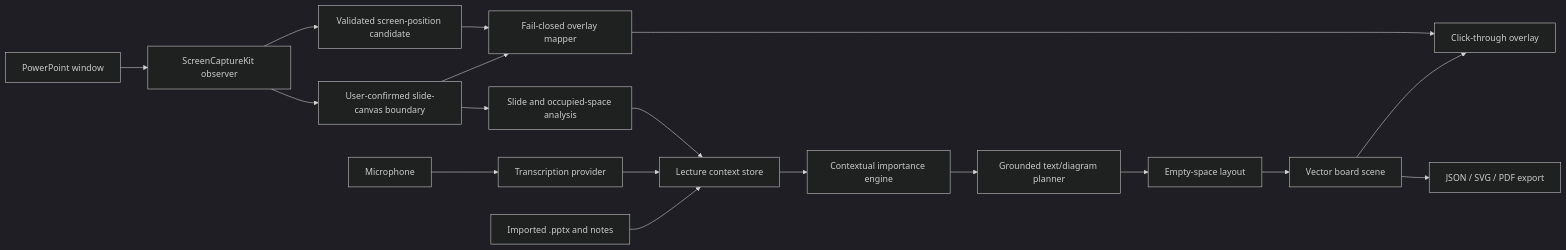
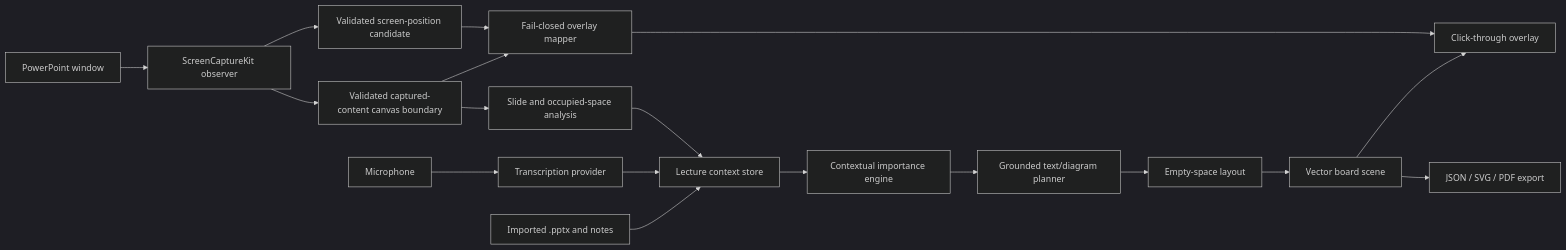
One commit to akiyama709/lectureboard-ai changed the diagram in docs/architecture.md. Above: the diagram before and after it, drawn with Mermaid (dark theme). The commit also changed other lines of this file and 17 other files, not shown here.

````diff
--- a/docs/architecture.md
+++ b/docs/architecture.md
@@ -7,20 +7,20 @@
 ```mermaid
 flowchart LR
     PPT[PowerPoint window] --> CAP[ScreenCaptureKit observer]
     PPTX[Imported .pptx and notes] --> CTX[Lecture context store]
     MIC[Microphone] --> ASR[Transcription provider]
-    CAP --> CANVAS[User-confirmed slide-canvas boundary]
+    CAP --> CANVAS[Validated captured-content canvas boundary]
     CAP --> SCREEN[Validated screen-position candidate]
     CANVAS --> SLIDE[Slide and occupied-space analysis]
     CANVAS --> MAP[Fail-closed overlay mapper]
     SCREEN --> MAP
     ASR --> CTX
     SLIDE --> CTX
     CTX --> IMP[Contextual importance engine]
     IMP --> PLAN[Grounded text/diagram planner]
     PLAN --> LAYOUT[Empty-space layout]
     LAYOUT --> SCENE[Vector board scene]
     SCENE --> OVERLAY[Click-through overlay]
     MAP --> OVERLAY
     SCENE --> EXPORT[JSON / SVG / PDF export]
 ```
````
